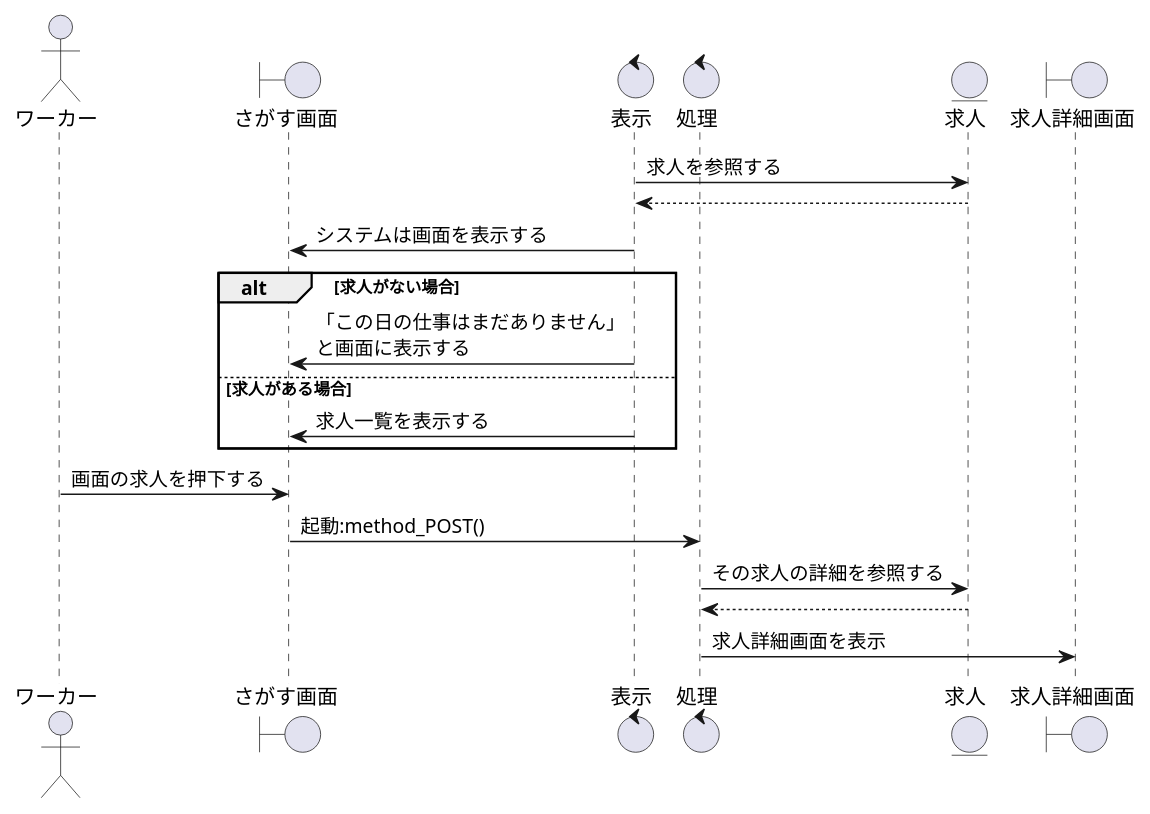
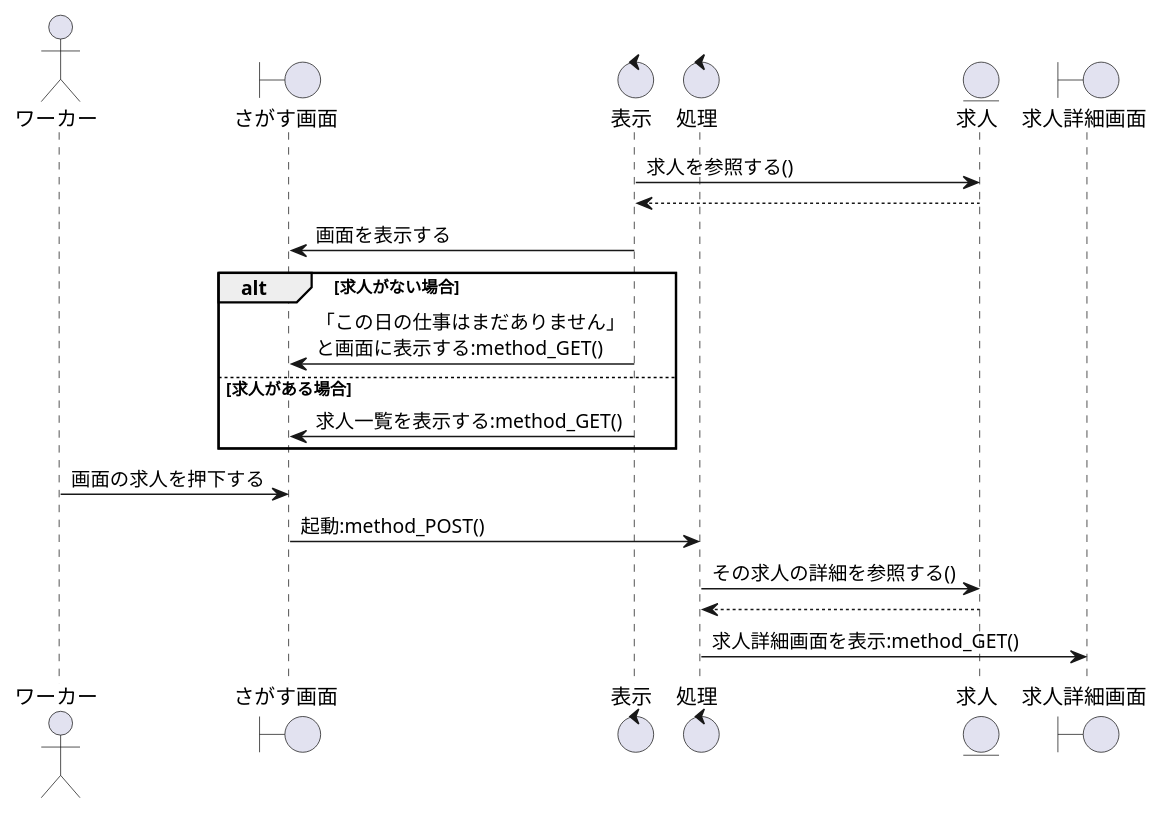
Before and after one commit to irukacb256/high_Me: the diagram in sequence_fig/2_search_fn/02_求人の詳細を閲覧する.pu, drawn with PlantUML. The commit also changed 21 other files, not shown here.

```diff
--- a/sequence_fig/2_search_fn/02_求人の詳細を閲覧する.pu
+++ b/sequence_fig/2_search_fn/02_求人の詳細を閲覧する.pu
@@ -1,28 +1,28 @@
 @startuml 求人の詳細を閲覧する
 
 actor    ワーカー    as wo1
 boundary さがす画面  as sc1
 control  表示        as co1
 control  処理        as co2
 entity   求人        as jb1
 boundary 求人詳細画面 as jd1
 
-co1 -> jb1 : 求人を参照する
+co1 -> jb1 : 求人を参照する()
 jb1 --> co1
-co1 -> sc1 : システムは画面を表示する 
+co1 -> sc1 : 画面を表示する 
 
 alt 求人がない場合 
-    co1 -> sc1 : 「この日の仕事はまだありません」\nと画面に表示する
+    co1 -> sc1 : 「この日の仕事はまだありません」\nと画面に表示する:method_GET()
 
 else 求人がある場合
-    co1 -> sc1 : 求人一覧を表示する
+    co1 -> sc1 : 求人一覧を表示する:method_GET()
 
 end
 
 wo1 -> sc1 : 画面の求人を押下する
 sc1 -> co2 : 起動:method_POST()
-co2 -> jb1 : その求人の詳細を参照する
+co2 -> jb1 : その求人の詳細を参照する()
 co2 <-- jb1
-co2 -> jd1 : 求人詳細画面を表示
+co2 -> jd1 : 求人詳細画面を表示:method_GET()
 
 @enduml
```
